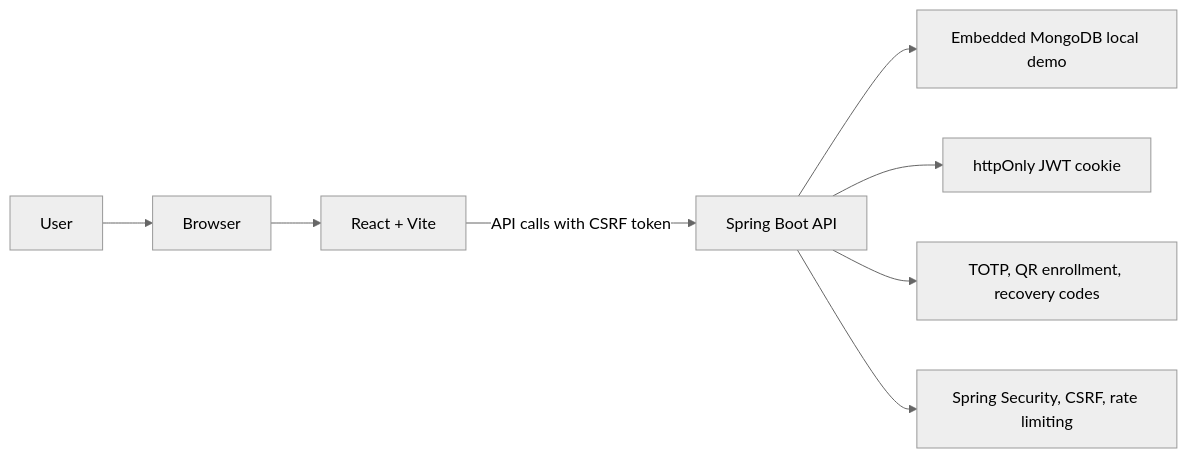
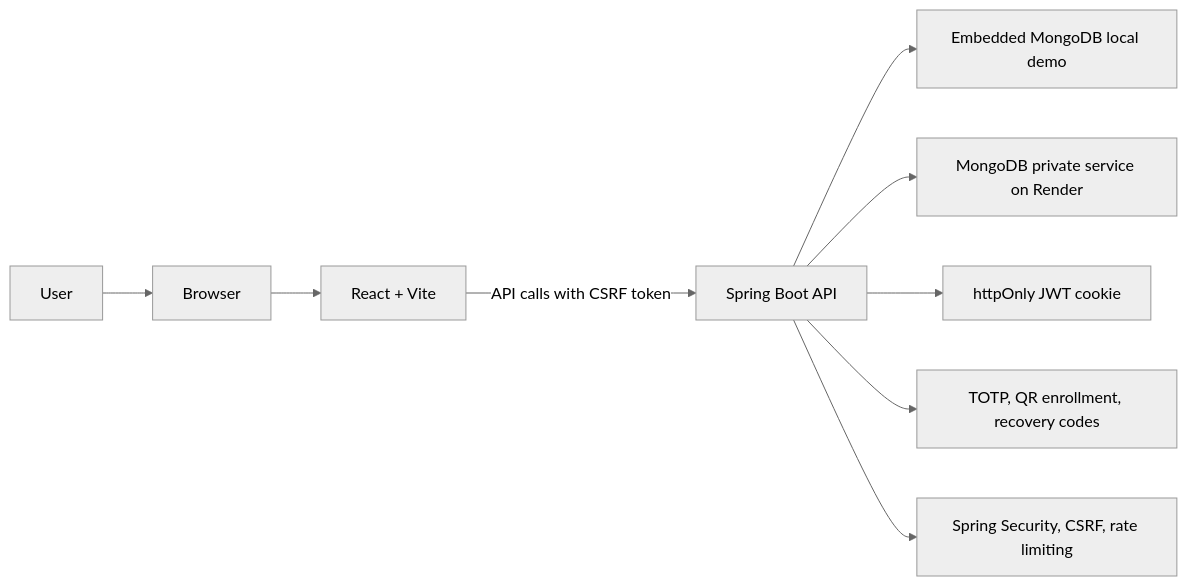
Before and after one commit to leoyakubov/2-factor-authentication-demo: the first of 8 diagrams in README.md, drawn with Mermaid (neutral theme). The commit also changed other lines of this file and 11 other files, not shown here.

Commit message:
feat: split local and demo profiles

````diff
--- a/README.md
+++ b/README.md
@@ -236,10 +238,11 @@
 ```mermaid
 flowchart LR
     User["User"] --> Browser["Browser"]
     Browser --> Frontend["React + Vite"]
     Frontend -->|API calls with CSRF token| Backend["Spring Boot API"]
-    Backend --> Mongo["Embedded MongoDB local demo"]
+    Backend --> MongoLocal["Embedded MongoDB local demo"]
+    Backend --> MongoDemo["MongoDB private service on Render"]
     Backend --> Cookies["httpOnly JWT cookie"]
     Backend --> MFA["TOTP, QR enrollment, recovery codes"]
     Backend --> Security["Spring Security, CSRF, rate limiting"]
 ```
````
